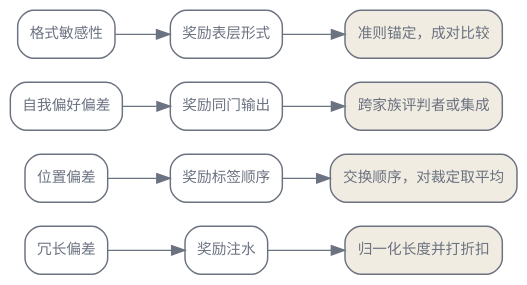
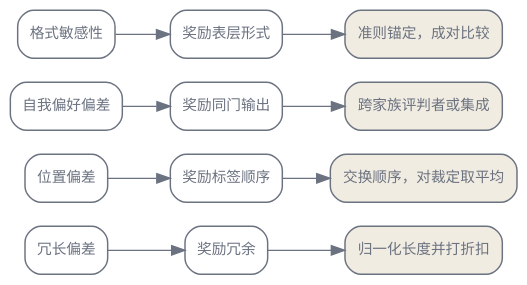
Before and after one commit to latere-ai/ai-as-an-infrastructure: the first of 3 diagrams in zh/evaluation/04-judging-holistic.qmd, drawn with Graphviz. The commit also changed other lines of this file and 8 other files, not shown here.

````diff
--- a/zh/evaluation/04-judging-holistic.qmd
+++ b/zh/evaluation/04-judging-holistic.qmd
@@ -37,33 +37,33 @@
 ```{dot}
 //| label: fig-judging-holistic-biases
 //| fig-cap: "每一种评判者偏差都对应一个模型可学会利用的属性，以及封住它的缓解手段。格式偏差在这里没有专门的对策，准则锚定与成对比较是贯穿各处的通用防线。"
 digraph judge_bias {
   bgcolor="transparent";
   rankdir=LR;
   node [shape=box, style=rounded, fontsize=11, fontname="Helvetica", color="#6b7280", fontcolor="#6b7280", penwidth=1.1];
   edge [color="#6b7280", fontcolor="#6b7280"];
   { rank=same; b1; b2; b3; b4; }
   { rank=same; e1; e2; e3; e4; }
   { rank=same; m1; m2; m3; m4; }
 
   b1 [label="冗长偏差"];
   b2 [label="位置偏差"];
   b3 [label="自我偏好偏差"];
   b4 [label="格式敏感性"];
 
-  e1 [label="奖励注水"];
+  e1 [label="奖励冗余"];
   e2 [label="奖励标签顺序"];
   e3 [label="奖励同门输出"];
   e4 [label="奖励表层形式"];
 
   m1 [label="归一化长度并打折扣", style="rounded,filled", fillcolor="#f1ece1"];
   m2 [label="交换顺序，对裁定取平均", style="rounded,filled", fillcolor="#f1ece1"];
   m3 [label="跨家族评判者或集成", style="rounded,filled", fillcolor="#f1ece1"];
   m4 [label="准则锚定，成对比较", style="rounded,filled", fillcolor="#f1ece1"];
 
   b1 -> e1 -> m1;
   b2 -> e2 -> m2;
   b3 -> e3 -> m3;
   b4 -> e4 -> m4;
 }
 ```
````
